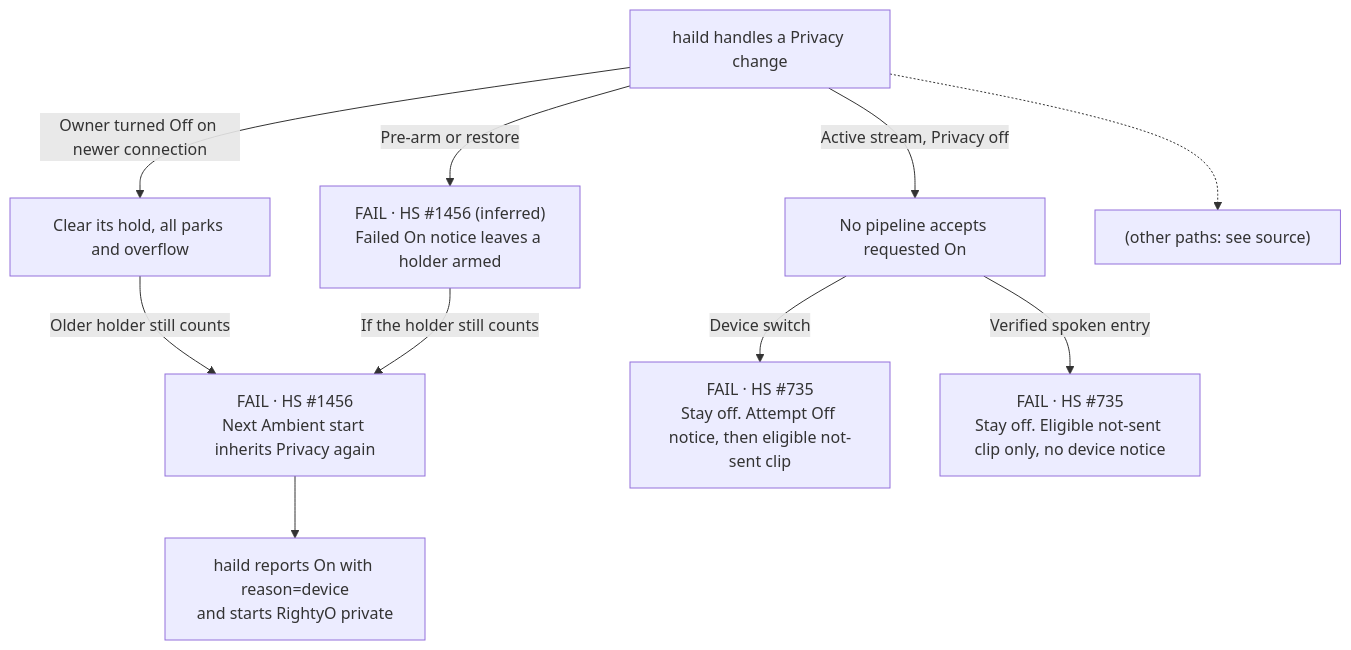
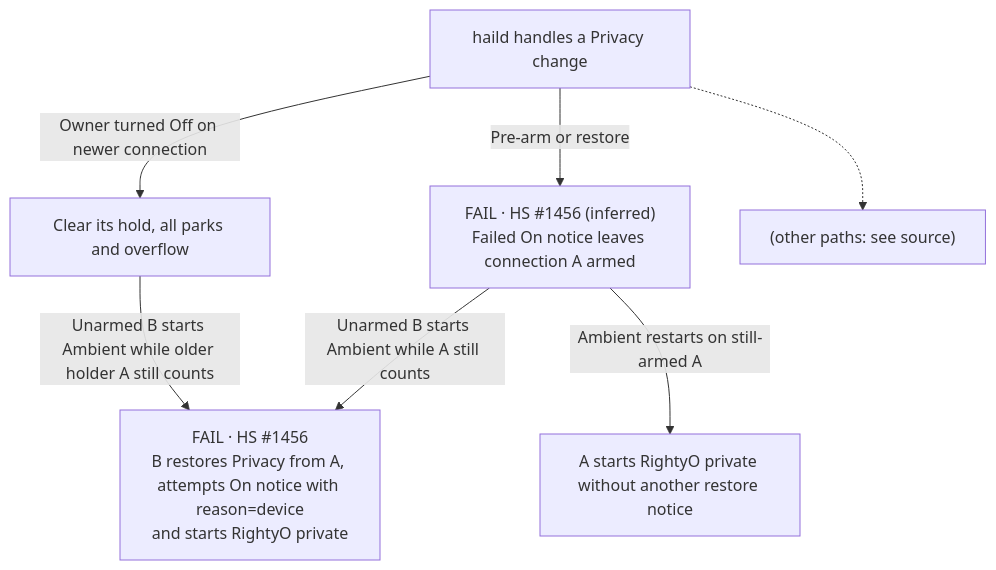
One commit to mickdarling/hailing-station changed the first of 10 diagrams in docs/rightyo-swimlanes.md. Above: the diagram before and after it, drawn with Mermaid. The commit also changed other lines of this file, not shown here.

Commit message:
Clarify four RightyO failure flows (#1483)

````diff
--- a/docs/rightyo-swimlanes.md
+++ b/docs/rightyo-swimlanes.md
@@ -7,17 +7,12 @@
 ```mermaid
 flowchart TD
     source["haild handles a Privacy change"]
     source -->|Owner turned Off on newer connection| off["Clear its hold, all parks and overflow"]
-    off -->|Older holder still counts| restore["FAIL · HS #1456<br/>Next Ambient start inherits Privacy again"]
-    source -->|Pre-arm or restore| unseen["FAIL · HS #1456 (inferred)<br/>Failed On notice leaves a holder armed"]
-    unseen -->|If the holder still counts| restore
-    restore --> child["haild reports On with reason=device<br/>and starts RightyO private"]
-    source -->|Active stream, Privacy off| entry["No pipeline accepts requested On"]
-    entry -->|Device switch| device["FAIL · HS #735<br/>Stay off. Attempt Off notice, then eligible not-sent clip"]
-    entry -->|Verified spoken entry| voice["FAIL · HS #735<br/>Stay off. Eligible not-sent clip only, no device notice"]
+    off -->|Unarmed B starts Ambient while older holder A still counts| restore["FAIL · HS #1456<br/>B restores Privacy from A, attempts On notice with reason=device<br/>and starts RightyO private"]
+    source -->|Pre-arm or restore| unseen["FAIL · HS #1456 (inferred)<br/>Failed On notice leaves connection A armed"]
+    unseen -->|Unarmed B starts Ambient while A still counts| restore
+    unseen -->|Ambient restarts on still-armed A| same["A starts RightyO private without another restore notice"]
     source -.-> other["(other paths: see source)"]
     click restore "https://github.com/mickdarling/hailing-station/issues/1456#issuecomment-7220204352"
     click unseen "https://github.com/mickdarling/hailing-station/issues/1456#issuecomment-7224732494"
-    click device "https://github.com/mickdarling/hailing-station/issues/735"
-    click voice "https://github.com/mickdarling/hailing-station/issues/735"
 ```
````
